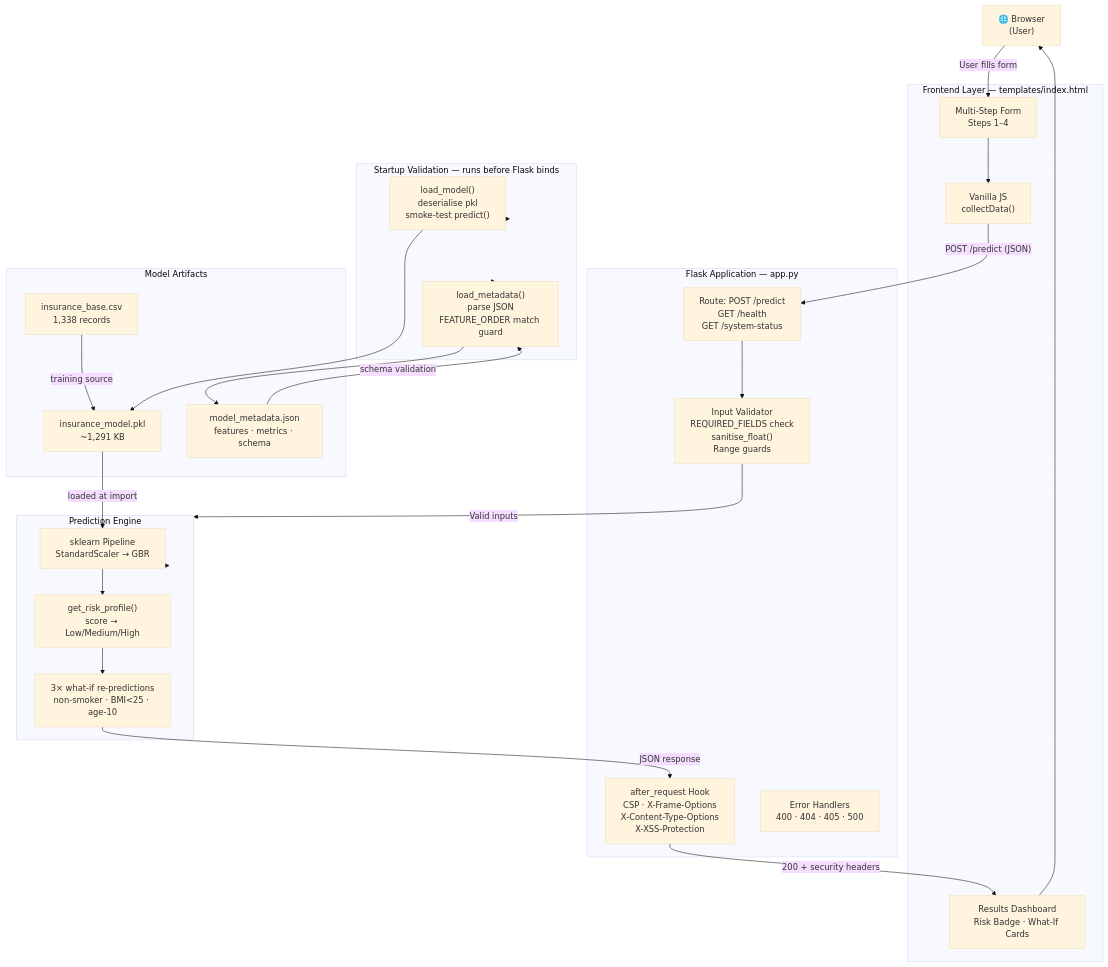
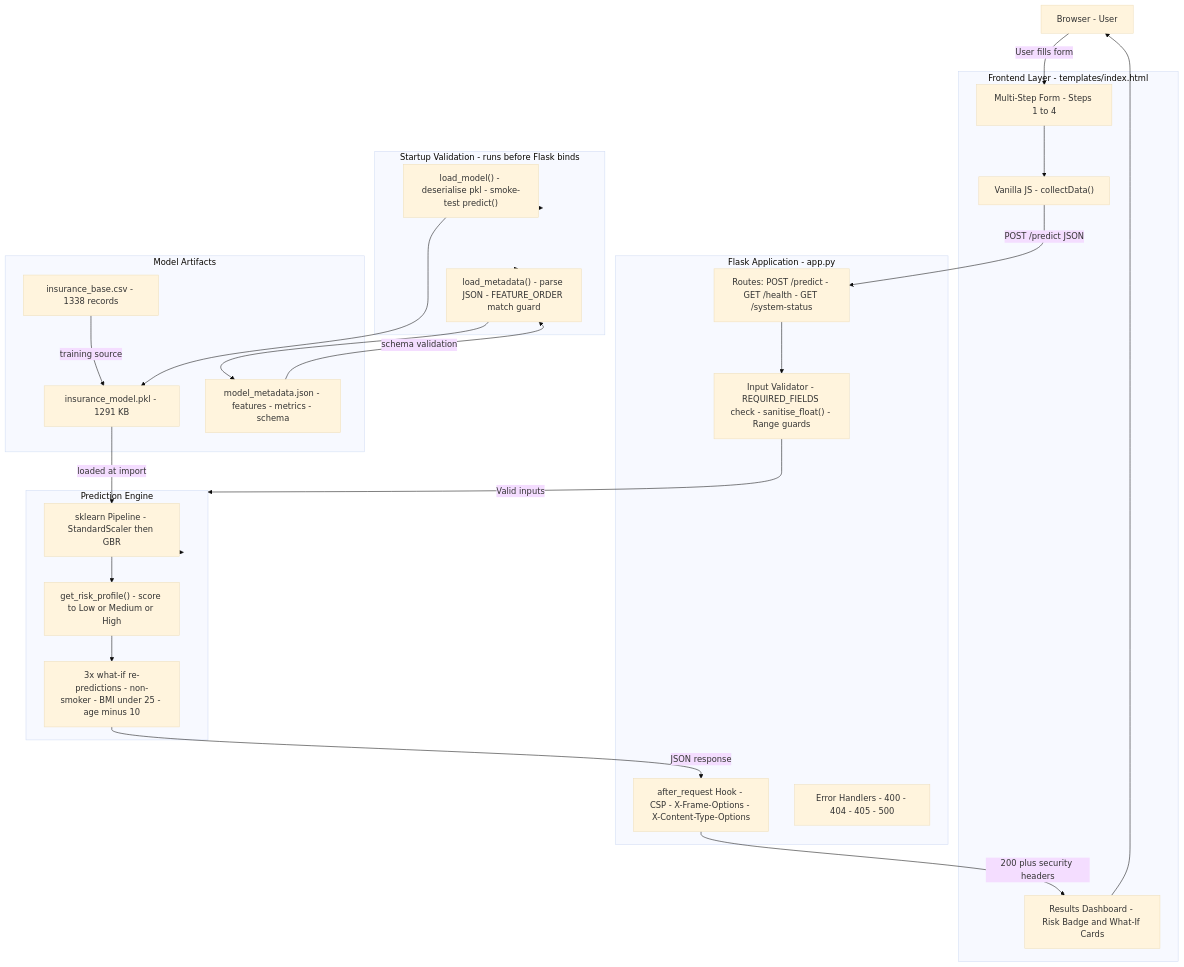
Before and after one commit to ArunVijaykumarcsds/InsureIQ: the first of 4 diagrams in README.md, drawn with Mermaid (base theme). The commit also changed other lines of this file, not shown here.

````diff
--- a/README.md
+++ b/README.md
@@ -75,54 +75,54 @@
 ```mermaid
 flowchart TD
-    Browser["🌐 Browser\n(User)"]
+    Browser["Browser - User"]
 
-    subgraph Frontend["Frontend Layer — templates/index.html"]
-        Form["Multi-Step Form\nSteps 1–4"]
-        JS["Vanilla JS\ncollectData()"]
-        Results["Results Dashboard\nRisk Badge · What-If Cards"]
+    subgraph Frontend["Frontend Layer - templates/index.html"]
+        Form["Multi-Step Form - Steps 1 to 4"]
+        JS["Vanilla JS - collectData()"]
+        Results["Results Dashboard - Risk Badge and What-If Cards"]
     end
 
-    subgraph Flask["Flask Application — app.py"]
-        Router["Route: POST /predict\nGET /health\nGET /system-status"]
-        Validator["Input Validator\nREQUIRED_FIELDS check\nsanitise_float()\nRange guards"]
-        SecHdr["after_request Hook\nCSP · X-Frame-Options\nX-Content-Type-Options\nX-XSS-Protection"]
-        ErrHandlers["Error Handlers\n400 · 404 · 405 · 500"]
+    subgraph FlaskApp["Flask Application - app.py"]
+        Router["Routes: POST /predict - GET /health - GET /system-status"]
+        Validator["Input Validator - REQUIRED_FIELDS check - sanitise_float() - Range guards"]
+        SecHdr["after_request Hook - CSP - X-Frame-Options - X-Content-Type-Options"]
+        ErrHandlers["Error Handlers - 400 - 404 - 405 - 500"]
     end
 
-    subgraph Startup["Startup Validation — runs before Flask binds"]
-        LoadModel["load_model()\ndeserialise pkl\nsmoke-test predict()"]
-        LoadMeta["load_metadata()\nparse JSON\nFEATURE_ORDER match guard"]
+    subgraph Startup["Startup Validation - runs before Flask binds"]
+        LoadModel["load_model() - deserialise pkl - smoke-test predict()"]
+        LoadMeta["load_metadata() - parse JSON - FEATURE_ORDER match guard"]
     end
 
     subgraph Engine["Prediction Engine"]
-        Pipeline["sklearn Pipeline\nStandardScaler → GBR"]
-        RiskFn["get_risk_profile()\nscore → Low/Medium/High"]
-        WhatIf["3× what-if re-predictions\nnon-smoker · BMI<25 · age-10"]
+        Pipeline["sklearn Pipeline - StandardScaler then GBR"]
+        RiskFn["get_risk_profile() - score to Low or Medium or High"]
+        WhatIf["3x what-if re-predictions - non-smoker - BMI under 25 - age minus 10"]
     end
 
     subgraph Artifacts["Model Artifacts"]
-        PKL["insurance_model.pkl\n~1,291 KB"]
-        Meta["model_metadata.json\nfeatures · metrics · schema"]
-        CSV["insurance_base.csv\n1,338 records"]
+        PKL["insurance_model.pkl - 1291 KB"]
+        Meta["model_metadata.json - features - metrics - schema"]
+        CSV["insurance_base.csv - 1338 records"]
     end
 
     Browser -->|"User fills form"| Form
     Form --> JS
-    JS -->|"POST /predict (JSON)"| Router
+    JS -->|"POST /predict JSON"| Router
     Router --> Validator
     Validator -->|"Valid inputs"| Engine
     Engine --> Pipeline
     Pipeline --> RiskFn
     RiskFn --> WhatIf
     WhatIf -->|"JSON response"| SecHdr
-    SecHdr -->|"200 + security headers"| Results
+    SecHdr -->|"200 plus security headers"| Results
     Results --> Browser
 
     Startup --> LoadModel
     Startup --> LoadMeta
     LoadModel --> PKL
     LoadMeta --> Meta
     PKL -->|"loaded at import"| Pipeline
     Meta -->|"schema validation"| LoadMeta
     CSV -->|"training source"| PKL
 ```
````
